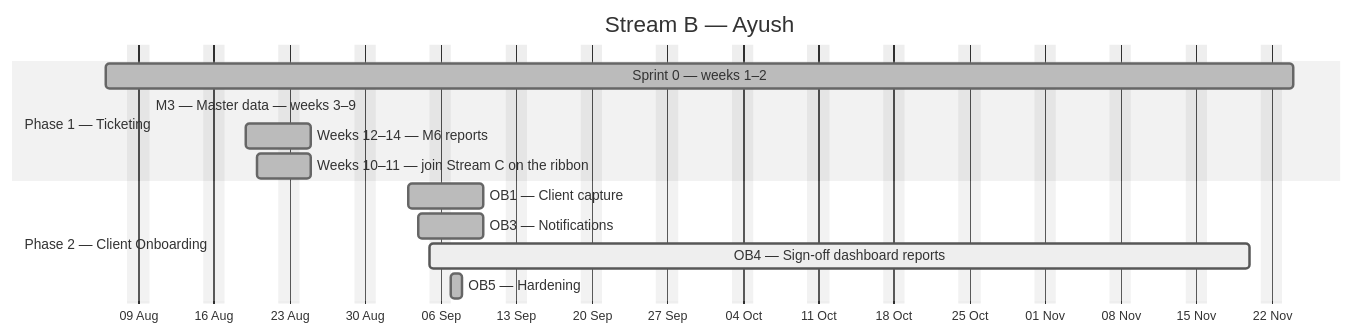
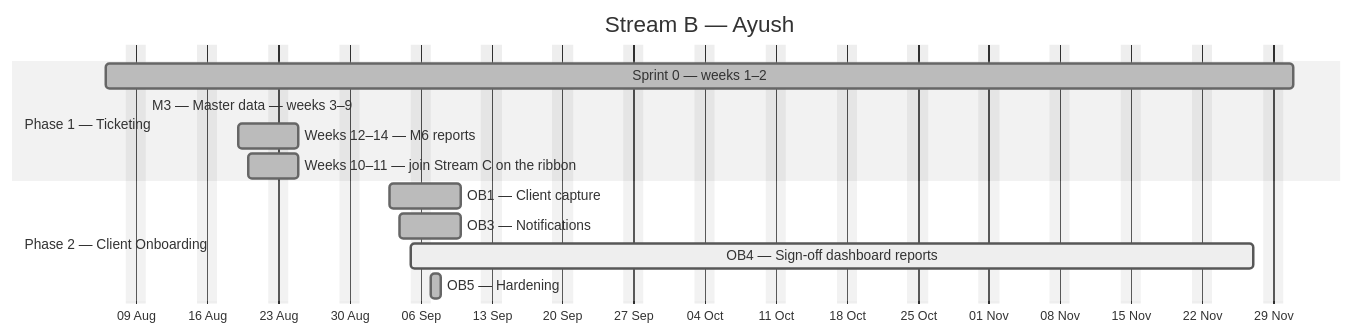
One commit to debashisedunext/EduTrack changed the second of 4 diagrams in docs/plan/GANTT.md. Above: the diagram before and after it, drawn with Mermaid (neutral theme). The commit also changed other lines of this file and 2 other files, not shown here.

````diff
--- a/docs/plan/GANTT.md
+++ b/docs/plan/GANTT.md
@@ -135,17 +135,17 @@
 ```mermaid
 gantt
     dateFormat YYYY-MM-DD
     axisFormat %d %b
     title Stream B — Ayush
     excludes weekends
     section Phase 1 — Ticketing
-    Sprint 0 — weeks 1–2 :done, b0, 2026-08-06, 78d
-    M3 — Master data — weeks 3–9 :done, b1, 2026-08-10, -65d
+    Sprint 0 — weeks 1–2 :done, b0, 2026-08-06, 83d
+    M3 — Master data — weeks 3–9 :done, b1, 2026-08-10, -70d
     Weeks 12–14 — M6 reports :done, b2, 2026-08-19, 4d
     Weeks 10–11 — join Stream C on the ribbon :done, b3, 2026-08-20, 3d
     section Phase 2 — Client Onboarding
     OB1 — Client capture :done, b4, 2026-09-03, 5d
     OB3 — Notifications :done, b5, 2026-09-04, 4d
-    OB4 — Sign-off  dashboard  reports :active, b6, 2026-09-05, 55d
+    OB4 — Sign-off  dashboard  reports :active, b6, 2026-09-05, 60d
     OB5 — Hardening :done, b7, 2026-09-07, 1d
 ```
````
